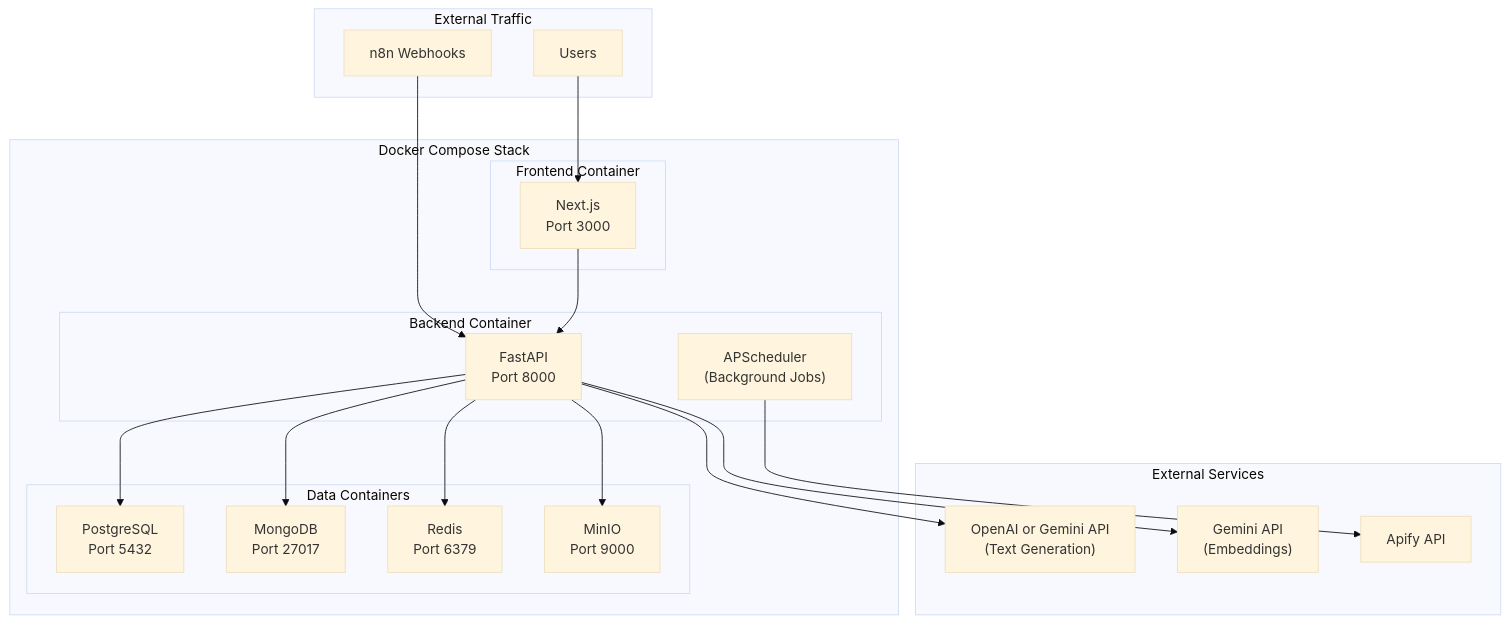
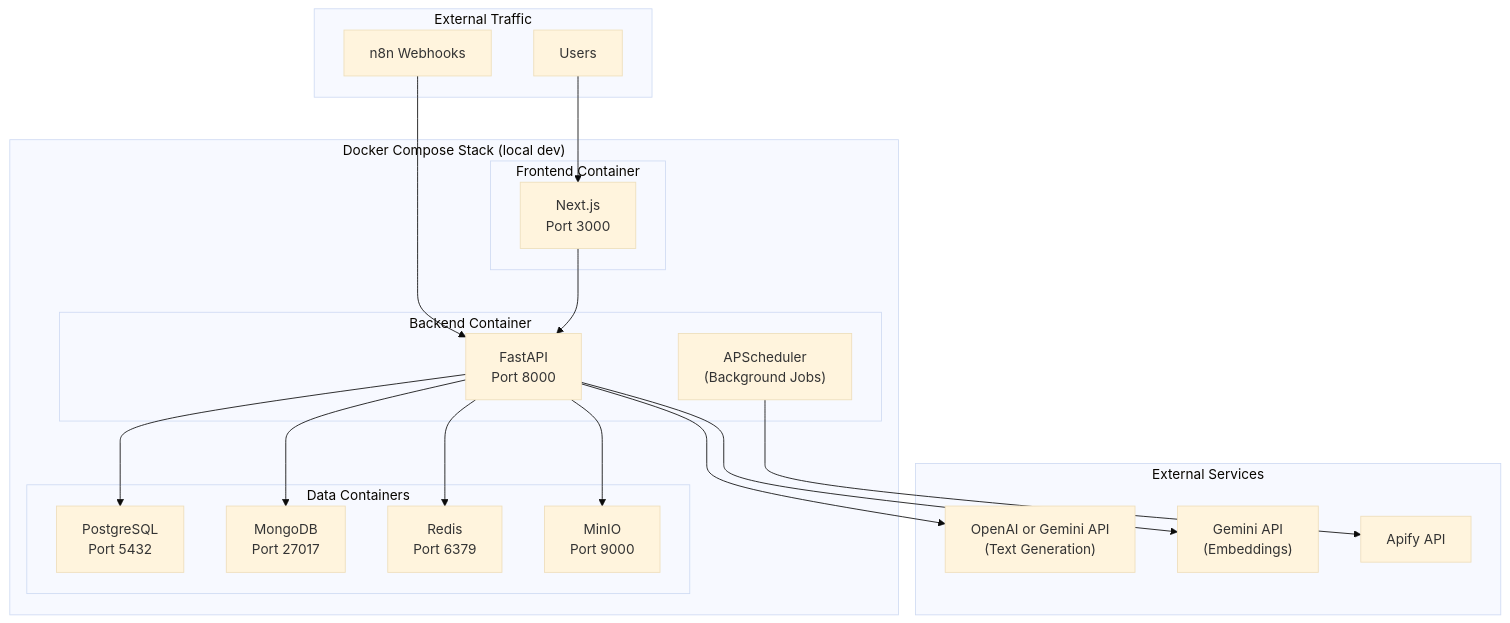
Before and after one commit to Sungchunn/AI-Resume-Tailor: diagram 33 of 34 in docs/architecture/system-architecture.md, drawn with Mermaid (base theme). The commit also changed other lines of this file, not shown here.

First line of the commit message:
docs: add production deployment section to system-architecture

````diff
--- a/docs/architecture/system-architecture.md
+++ b/docs/architecture/system-architecture.md
@@ -2031,44 +2038,44 @@
 ```mermaid
 flowchart TB
     subgraph External["External Traffic"]
         Users["Users"]
         N8N["n8n Webhooks"]
     end
 
-    subgraph Docker["Docker Compose Stack"]
+    subgraph Docker["Docker Compose Stack (local dev)"]
         subgraph Frontend_C["Frontend Container"]
             NextJS["Next.js<br/>Port 3000"]
         end
 
         subgraph Backend_C["Backend Container"]
             FastAPI["FastAPI<br/>Port 8000"]
             APScheduler["APScheduler<br/>(Background Jobs)"]
         end
 
         subgraph Data_C["Data Containers"]
             PostgreSQL["PostgreSQL<br/>Port 5432"]
             MongoDB["MongoDB<br/>Port 27017"]
             Redis["Redis<br/>Port 6379"]
             MinIO["MinIO<br/>Port 9000"]
         end
     end
 
     subgraph External_Services["External Services"]
         AIProvider["OpenAI or Gemini API<br/>(Text Generation)"]
         GeminiEmbed["Gemini API<br/>(Embeddings)"]
         Apify["Apify API"]
     end
 
     Users --> NextJS
     N8N --> FastAPI
     NextJS --> FastAPI
 
     FastAPI --> PostgreSQL
     FastAPI --> MongoDB
     FastAPI --> Redis
     FastAPI --> MinIO
 
     FastAPI --> AIProvider
     FastAPI --> GeminiEmbed
     APScheduler --> Apify
 ```
````
